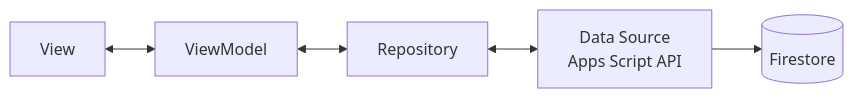
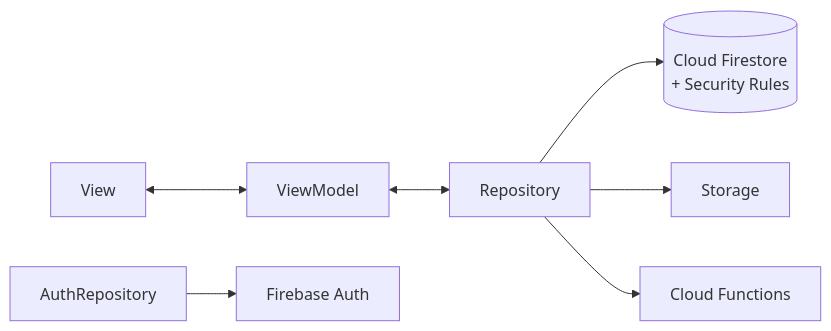
The diagram in docs/04-kien-truc-app-va-web.md (ducminh852005/fapcheckin), drawn with Mermaid before and after one commit. The commit also changed other lines of this file and 26 other files, not shown here.

First line of the commit message:
docs: rewrite architecture docs for Firebase and trim unused ones

````diff
--- a/docs/04-kien-truc-app-va-web.md
+++ b/docs/04-kien-truc-app-va-web.md
@@ -11,5 +39,7 @@
 ```mermaid
 flowchart LR
-    View <--> ViewModel <--> Repository <--> DataSource[Data Source<br/>Apps Script API]
-    DataSource --> DB[(Firestore)]
+    View <--> ViewModel <--> Repository --> Firestore[("Cloud Firestore<br/>+ Security Rules")]
+    Repository --> Storage[Storage] 
+    Repository --> Functions[Cloud Functions]
+    AuthRepository --> Auth[Firebase Auth]
 ```
````
